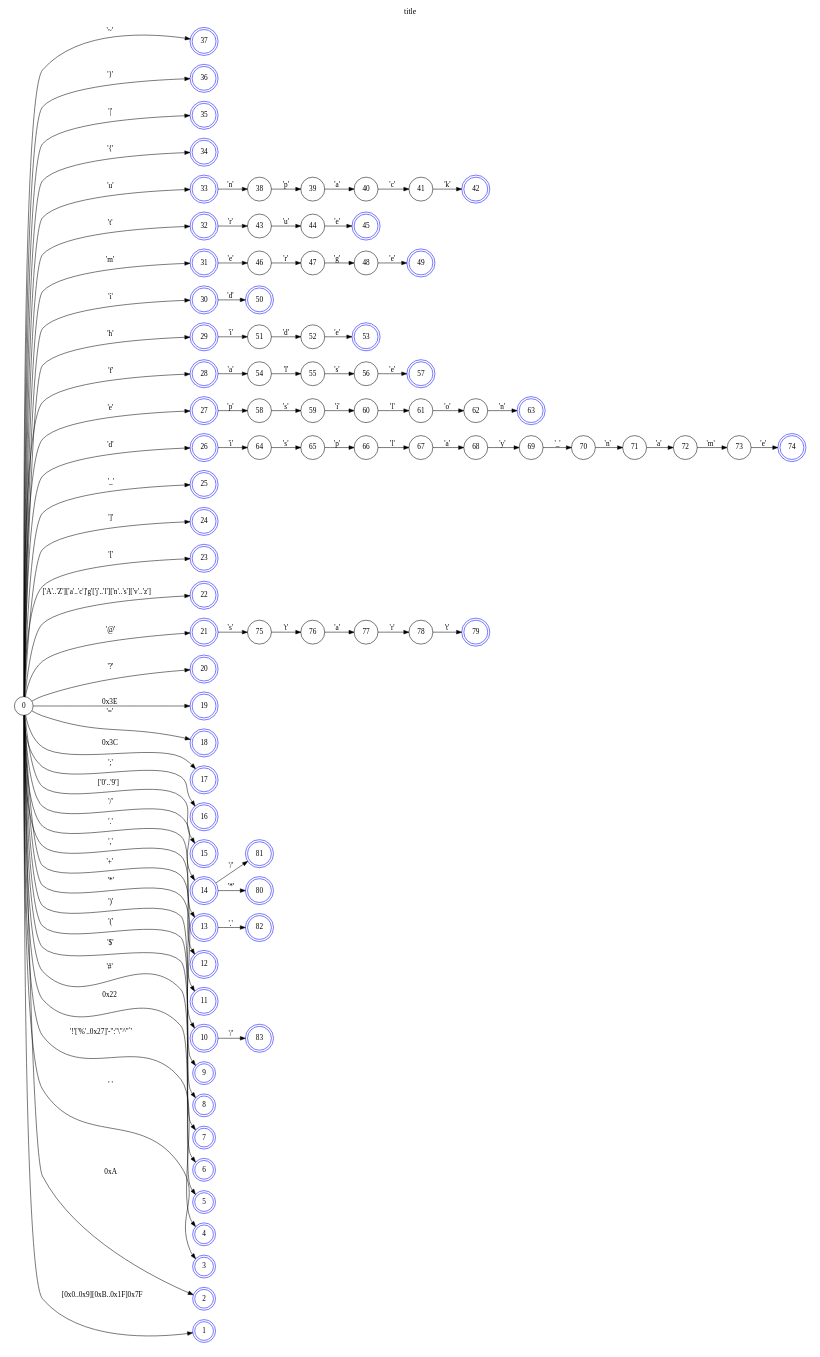
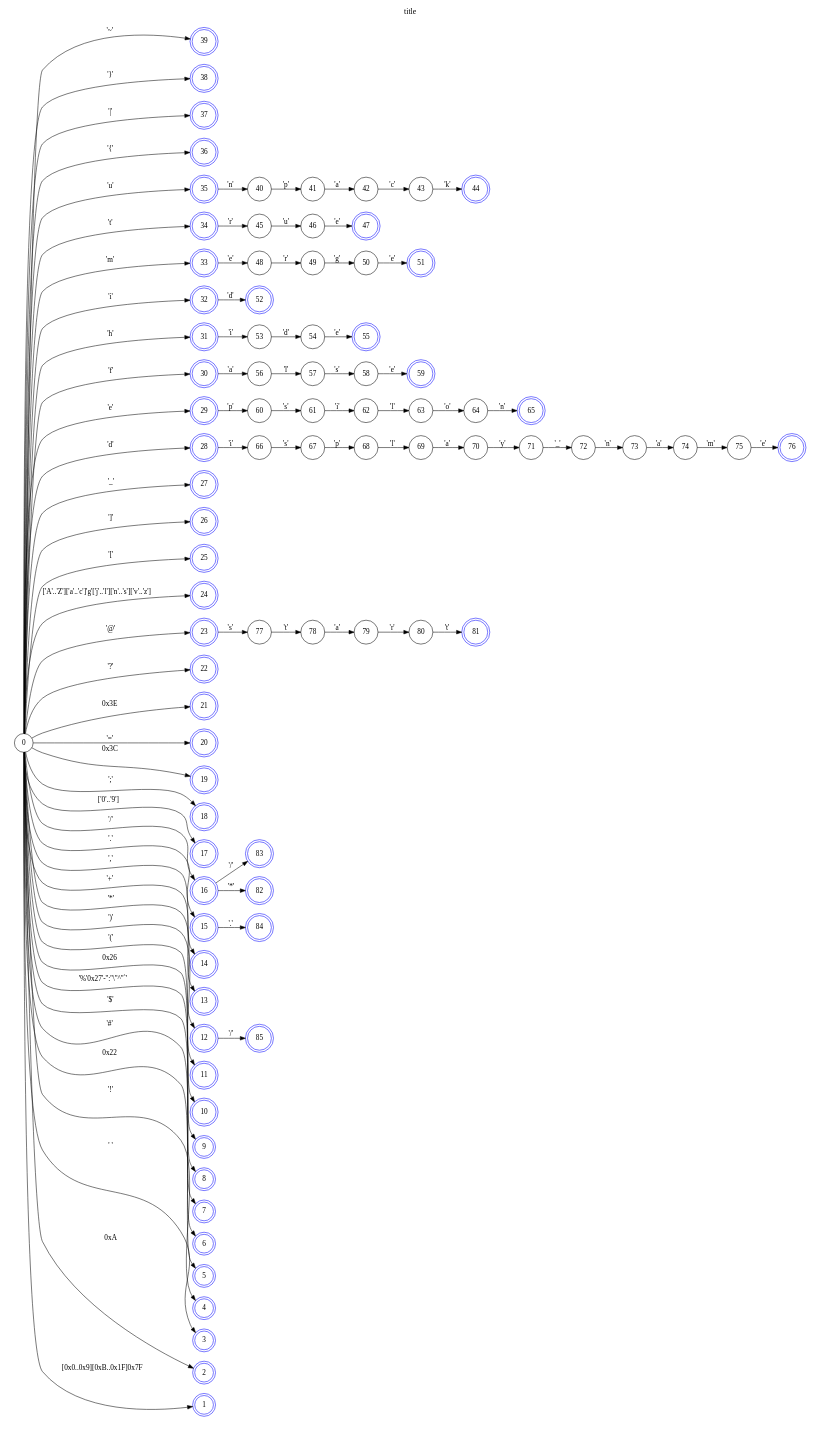
Before and after one commit to PsiMasTho/pmt_pika_prs_gen: the diagram in src/pmt/parser/grammar/terminal_graph.dot, drawn with Graphviz. The commit also changed 28 other files, not shown here.

```diff
--- a/src/pmt/parser/grammar/terminal_graph.dot
+++ b/src/pmt/parser/grammar/terminal_graph.dot
@@ -1,101 +1,103 @@
-/* Generated on: 2026-01-12 22:21:19 */
+/* Generated on: 2026-01-17 01:03:12 */
 
 digraph finite_state_machine {
  rankdir=LR;
  subgraph cluster_states {
  peripheries=0
 
  node [shape=doublecircle, color="#0000ff"]
- 1 2 3 4 5 6 7 8 9 10 11 12 13 14 15 16 17 18 19 20 21 22 23 24 25 26 27 28 29 30 31 32 33 34 35 36 37 42 45 49 50 53 57 63 74 79 80 81 82 83
+ 1 2 3 4 5 6 7 8 9 10 11 12 13 14 15 16 17 18 19 20 21 22 23 24 25 26 27 28 29 30 31 32 33 34 35 36 37 38 39 44 47 51 52 55 59 65 76 81 82 83 84 85
  node [shape=circle, color="#000000"]
  edge [color="#00ff00"]
  
  edge [color="#000000", style=solid]
- 78 -> 79 [label=<<font color="#000000">'t'</font>>]
- 77 -> 78 [label=<<font color="#000000">'r'</font>>]
- 76 -> 77 [label=<<font color="#000000">'a'</font>>]
- 75 -> 76 [label=<<font color="#000000">'t'</font>>]
- 71 -> 72 [label=<<font color="#000000">'a'</font>>]
- 70 -> 71 [label=<<font color="#000000">'n'</font>>]
- 68 -> 69 [label=<<font color="#000000">'y'</font>>]
- 67 -> 68 [label=<<font color="#000000">'a'</font>>]
- 66 -> 67 [label=<<font color="#000000">'l'</font>>]
- 65 -> 66 [label=<<font color="#000000">'p'</font>>]
- 64 -> 65 [label=<<font color="#000000">'s'</font>>]
- 62 -> 63 [label=<<font color="#000000">'n'</font>>]
- 61 -> 62 [label=<<font color="#000000">'o'</font>>]
- 60 -> 61 [label=<<font color="#000000">'l'</font>>]
- 33 -> 38 [label=<<font color="#000000">'n'</font>>]
- 32 -> 43 [label=<<font color="#000000">'r'</font>>]
- 31 -> 46 [label=<<font color="#000000">'e'</font>>]
- 30 -> 50 [label=<<font color="#000000">'d'</font>>]
- 29 -> 51 [label=<<font color="#000000">'i'</font>>]
- 59 -> 60 [label=<<font color="#000000">'i'</font>>]
- 0 -> 29 [label=<<font color="#000000">'h'</font>>]
- 0 -> 28 [label=<<font color="#000000">'f'</font>>]
- 0 -> 27 [label=<<font color="#000000">'e'</font>>]
- 0 -> 26 [label=<<font color="#000000">'d'</font>>]
- 0 -> 25 [label=<<font color="#000000">'_'</font>>]
- 0 -> 24 [label=<<font color="#000000">']'</font>>]
- 0 -> 23 [label=<<font color="#000000">'['</font>>]
- 0 -> 22 [label=<<font color="#000000">['A'..'Z']['a'..'c']'g'['j'..'l']['n'..'s']['v'..'z']</font>>]
- 0 -> 12 [label=<<font color="#000000">','</font>>]
- 0 -> 13 [label=<<font color="#000000">'.'</font>>]
- 0 -> 30 [label=<<font color="#000000">'i'</font>>]
+ 80 -> 81 [label=<<font color="#000000">'t'</font>>]
+ 79 -> 80 [label=<<font color="#000000">'r'</font>>]
+ 78 -> 79 [label=<<font color="#000000">'a'</font>>]
+ 77 -> 78 [label=<<font color="#000000">'t'</font>>]
+ 73 -> 74 [label=<<font color="#000000">'a'</font>>]
+ 72 -> 73 [label=<<font color="#000000">'n'</font>>]
+ 70 -> 71 [label=<<font color="#000000">'y'</font>>]
+ 69 -> 70 [label=<<font color="#000000">'a'</font>>]
+ 68 -> 69 [label=<<font color="#000000">'l'</font>>]
+ 67 -> 68 [label=<<font color="#000000">'p'</font>>]
+ 66 -> 67 [label=<<font color="#000000">'s'</font>>]
+ 64 -> 65 [label=<<font color="#000000">'n'</font>>]
+ 63 -> 64 [label=<<font color="#000000">'o'</font>>]
+ 62 -> 63 [label=<<font color="#000000">'l'</font>>]
+ 35 -> 40 [label=<<font color="#000000">'n'</font>>]
+ 34 -> 45 [label=<<font color="#000000">'r'</font>>]
+ 33 -> 48 [label=<<font color="#000000">'e'</font>>]
+ 32 -> 52 [label=<<font color="#000000">'d'</font>>]
+ 61 -> 62 [label=<<font color="#000000">'i'</font>>]
+ 31 -> 53 [label=<<font color="#000000">'i'</font>>]
+ 60 -> 61 [label=<<font color="#000000">'s'</font>>]
+ 30 -> 56 [label=<<font color="#000000">'a'</font>>]
+ 23 -> 77 [label=<<font color="#000000">'s'</font>>]
+ 29 -> 60 [label=<<font color="#000000">'p'</font>>]
+ 0 -> 29 [label=<<font color="#000000">'e'</font>>]
+ 0 -> 28 [label=<<font color="#000000">'d'</font>>]
+ 0 -> 27 [label=<<font color="#000000">'_'</font>>]
+ 0 -> 26 [label=<<font color="#000000">']'</font>>]
+ 0 -> 25 [label=<<font color="#000000">'['</font>>]
+ 0 -> 24 [label=<<font color="#000000">['A'..'Z']['a'..'c']'g'['j'..'l']['n'..'s']['v'..'z']</font>>]
+ 0 -> 23 [label=<<font color="#000000">'@'</font>>]
+ 0 -> 22 [label=<<font color="#000000">'?'</font>>]
+ 0 -> 21 [label=<<font color="#000000">0x3E</font>>]
+ 0 -> 20 [label=<<font color="#000000">'='</font>>]
+ 0 -> 30 [label=<<font color="#000000">'f'</font>>]
  0 -> 1 [label=<<font color="#000000">[0x0..0x9][0xB..0x1F]0x7F</font>>]
- 0 -> 31 [label=<<font color="#000000">'m'</font>>]
+ 0 -> 31 [label=<<font color="#000000">'h'</font>>]
  0 -> 2 [label=<<font color="#000000">0xA</font>>]
- 0 -> 32 [label=<<font color="#000000">'t'</font>>]
+ 0 -> 32 [label=<<font color="#000000">'i'</font>>]
  0 -> 3 [label=<<font color="#000000">' '</font>>]
- 0 -> 33 [label=<<font color="#000000">'u'</font>>]
- 0 -> 4 [label=<<font color="#000000">'!'['%'..0x27]'-'':''\''^''`'</font>>]
- 0 -> 34 [label=<<font color="#000000">'{'</font>>]
+ 0 -> 33 [label=<<font color="#000000">'m'</font>>]
+ 0 -> 4 [label=<<font color="#000000">'!'</font>>]
+ 0 -> 34 [label=<<font color="#000000">'t'</font>>]
  0 -> 5 [label=<<font color="#000000">0x22</font>>]
- 0 -> 9 [label=<<font color="#000000">')'</font>>]
- 0 -> 35 [label=<<font color="#000000">'|'</font>>]
+ 0 -> 35 [label=<<font color="#000000">'u'</font>>]
  0 -> 6 [label=<<font color="#000000">'#'</font>>]
- 0 -> 10 [label=<<font color="#000000">'*'</font>>]
- 0 -> 36 [label=<<font color="#000000">'}'</font>>]
+ 0 -> 36 [label=<<font color="#000000">'{'</font>>]
  0 -> 7 [label=<<font color="#000000">'$'</font>>]
- 0 -> 11 [label=<<font color="#000000">'+'</font>>]
- 0 -> 37 [label=<<font color="#000000">'~'</font>>]
- 0 -> 8 [label=<<font color="#000000">'('</font>>]
- 0 -> 14 [label=<<font color="#000000">'/'</font>>]
- 0 -> 15 [label=<<font color="#000000">['0'..'9']</font>>]
- 0 -> 16 [label=<<font color="#000000">';'</font>>]
- 0 -> 17 [label=<<font color="#000000">0x3C</font>>]
- 0 -> 18 [label=<<font color="#000000">'='</font>>]
- 0 -> 19 [label=<<font color="#000000">0x3E</font>>]
- 0 -> 20 [label=<<font color="#000000">'?'</font>>]
- 0 -> 21 [label=<<font color="#000000">'@'</font>>]
- 58 -> 59 [label=<<font color="#000000">'s'</font>>]
- 28 -> 54 [label=<<font color="#000000">'a'</font>>]
- 21 -> 75 [label=<<font color="#000000">'s'</font>>]
- 27 -> 58 [label=<<font color="#000000">'p'</font>>]
- 56 -> 57 [label=<<font color="#000000">'e'</font>>]
- 73 -> 74 [label=<<font color="#000000">'e'</font>>]
- 14 -> 80 [label=<<font color="#000000">'*'</font>>]
- 14 -> 81 [label=<<font color="#000000">'/'</font>>]
- 43 -> 44 [label=<<font color="#000000">'u'</font>>]
- 69 -> 70 [label=<<font color="#000000">'_'</font>>]
- 10 -> 83 [label=<<font color="#000000">'/'</font>>]
- 39 -> 40 [label=<<font color="#000000">'a'</font>>]
- 26 -> 64 [label=<<font color="#000000">'i'</font>>]
- 55 -> 56 [label=<<font color="#000000">'s'</font>>]
- 72 -> 73 [label=<<font color="#000000">'m'</font>>]
- 13 -> 82 [label=<<font color="#000000">'.'</font>>]
- 38 -> 39 [label=<<font color="#000000">'p'</font>>]
- 40 -> 41 [label=<<font color="#000000">'c'</font>>]
- 41 -> 42 [label=<<font color="#000000">'k'</font>>]
- 44 -> 45 [label=<<font color="#000000">'e'</font>>]
- 46 -> 47 [label=<<font color="#000000">'r'</font>>]
- 47 -> 48 [label=<<font color="#000000">'g'</font>>]
- 48 -> 49 [label=<<font color="#000000">'e'</font>>]
- 51 -> 52 [label=<<font color="#000000">'d'</font>>]
- 52 -> 53 [label=<<font color="#000000">'e'</font>>]
- 54 -> 55 [label=<<font color="#000000">'l'</font>>]
+ 0 -> 11 [label=<<font color="#000000">')'</font>>]
+ 0 -> 37 [label=<<font color="#000000">'|'</font>>]
+ 0 -> 8 [label=<<font color="#000000">'%'0x27'-'':''\''^''`'</font>>]
+ 0 -> 12 [label=<<font color="#000000">'*'</font>>]
+ 0 -> 38 [label=<<font color="#000000">'}'</font>>]
+ 0 -> 9 [label=<<font color="#000000">0x26</font>>]
+ 0 -> 13 [label=<<font color="#000000">'+'</font>>]
+ 0 -> 39 [label=<<font color="#000000">'~'</font>>]
+ 0 -> 10 [label=<<font color="#000000">'('</font>>]
+ 0 -> 14 [label=<<font color="#000000">','</font>>]
+ 0 -> 15 [label=<<font color="#000000">'.'</font>>]
+ 0 -> 16 [label=<<font color="#000000">'/'</font>>]
+ 0 -> 17 [label=<<font color="#000000">['0'..'9']</font>>]
+ 0 -> 18 [label=<<font color="#000000">';'</font>>]
+ 0 -> 19 [label=<<font color="#000000">0x3C</font>>]
+ 58 -> 59 [label=<<font color="#000000">'e'</font>>]
+ 75 -> 76 [label=<<font color="#000000">'e'</font>>]
+ 16 -> 82 [label=<<font color="#000000">'*'</font>>]
+ 16 -> 83 [label=<<font color="#000000">'/'</font>>]
+ 45 -> 46 [label=<<font color="#000000">'u'</font>>]
+ 28 -> 66 [label=<<font color="#000000">'i'</font>>]
+ 57 -> 58 [label=<<font color="#000000">'s'</font>>]
+ 74 -> 75 [label=<<font color="#000000">'m'</font>>]
+ 15 -> 84 [label=<<font color="#000000">'.'</font>>]
+ 71 -> 72 [label=<<font color="#000000">'_'</font>>]
+ 12 -> 85 [label=<<font color="#000000">'/'</font>>]
+ 41 -> 42 [label=<<font color="#000000">'a'</font>>]
+ 40 -> 41 [label=<<font color="#000000">'p'</font>>]
+ 42 -> 43 [label=<<font color="#000000">'c'</font>>]
+ 43 -> 44 [label=<<font color="#000000">'k'</font>>]
+ 46 -> 47 [label=<<font color="#000000">'e'</font>>]
+ 48 -> 49 [label=<<font color="#000000">'r'</font>>]
+ 49 -> 50 [label=<<font color="#000000">'g'</font>>]
+ 50 -> 51 [label=<<font color="#000000">'e'</font>>]
+ 53 -> 54 [label=<<font color="#000000">'d'</font>>]
+ 54 -> 55 [label=<<font color="#000000">'e'</font>>]
+ 56 -> 57 [label=<<font color="#000000">'l'</font>>]
 
  }
 
  graph [label="title", labelloc=t, fontsize=15]
 }
```
